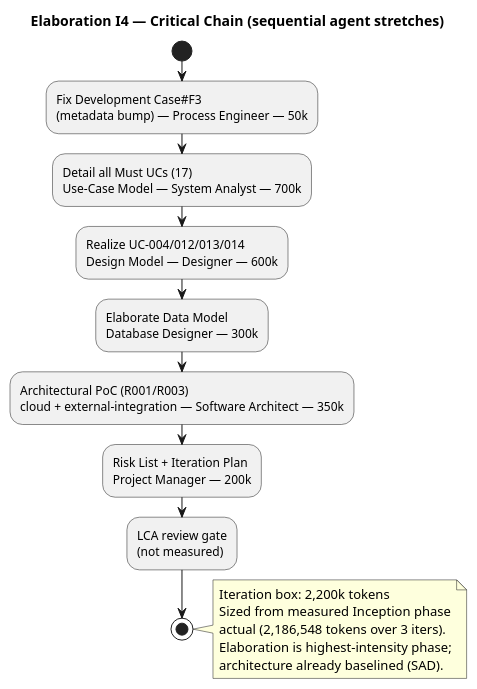
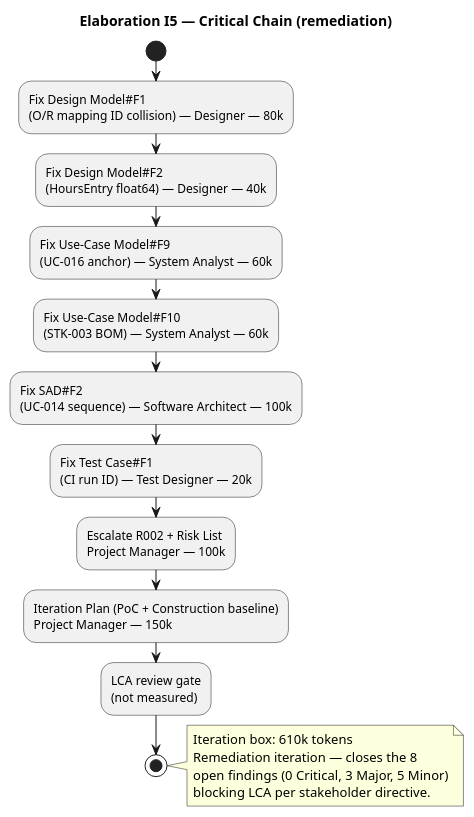
One commit to banense-test/trademe changed the second of 2 diagrams in docs/artifacts/project-management/iteration-plan.md. Above: the diagram before and after it, drawn with PlantUML. The commit also changed other lines of this file, not shown here.

First line of the commit message:
Project Manager [E2]: upsert Iteration Plan

````diff
--- a/docs/artifacts/project-management/iteration-plan.md
+++ b/docs/artifacts/project-management/iteration-plan.md
@@ -56,23 +55,24 @@
 ```plantuml
 @startuml
-title Elaboration I4 — Critical Chain (sequential agent stretches)
+title Elaboration I5 — Critical Chain (remediation)
 
 start
-:Fix Development Case#F3\n(metadata bump) — Process Engineer — 50k;
-:Detail all Must UCs (17)\nUse-Case Model — System Analyst — 700k;
-:Realize UC-004/012/013/014\nDesign Model — Designer — 600k;
-:Elaborate Data Model\nDatabase Designer — 300k;
-:Architectural PoC (R001/R003)\ncloud + external-integration — Software Architect — 350k;
-:Risk List + Iteration Plan\nProject Manager — 200k;
+:Fix Design Model#F1\n(O/R mapping ID collision) — Designer — 80k;
+:Fix Design Model#F2\n(HoursEntry float64) — Designer — 40k;
+:Fix Use-Case Model#F9\n(UC-016 anchor) — System Analyst — 60k;
+:Fix Use-Case Model#F10\n(STK-003 BOM) — System Analyst — 60k;
+:Fix SAD#F2\n(UC-014 sequence) — Software Architect — 100k;
+:Fix Test Case#F1\n(CI run ID) — Test Designer — 20k;
+:Escalate R002 + Risk List\nProject Manager — 100k;
+:Iteration Plan (PoC + Construction baseline)\nProject Manager — 150k;
 :LCA review gate\n(not measured);
 stop
 
 note right
-  Iteration box: 2,200k tokens
-  Sized from measured Inception phase
-  actual (2,186,548 tokens over 3 iters).
-  Elaboration is highest-intensity phase;
-  architecture already baselined (SAD).
+  Iteration box: 610k tokens
+  Remediation iteration — closes the 8
+  open findings (0 Critical, 3 Major, 5 Minor)
+  blocking LCA per stakeholder directive.
 end note
 @enduml
 ```
````
